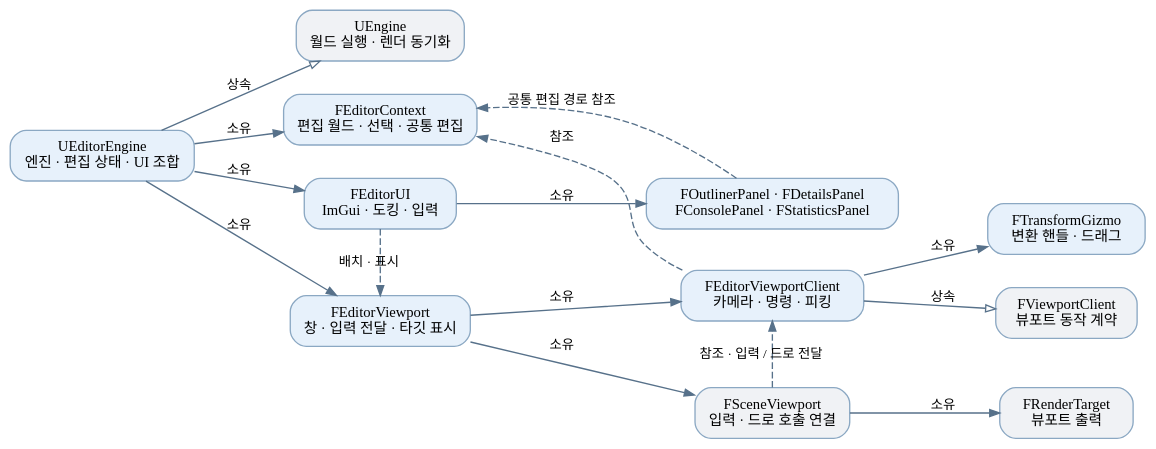
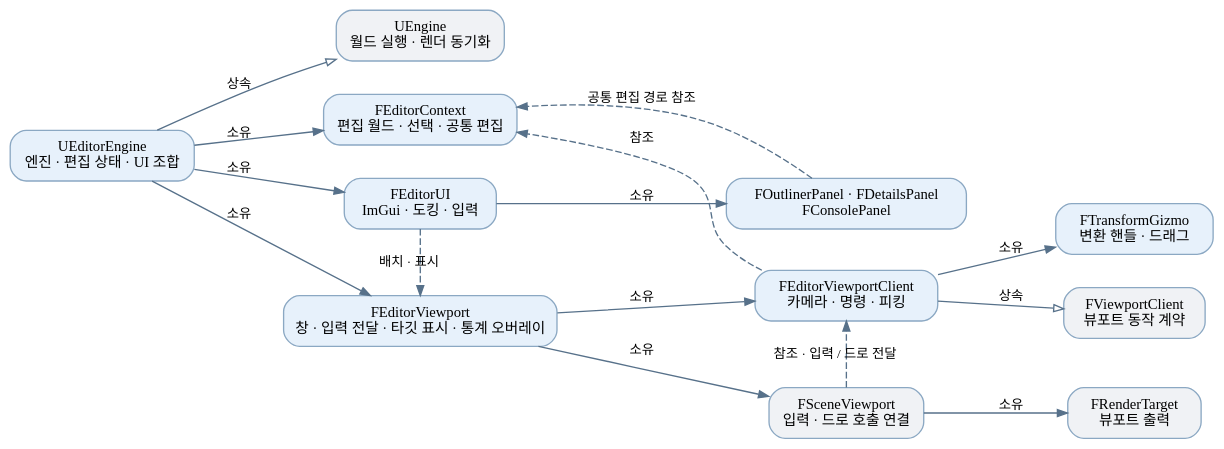
One commit to wewe231223/Macaw changed the diagram in Docs/Graphs/Editor.dot. Above: the diagram before and after it, drawn with Graphviz. The commit also changed 12 other files, not shown here.

```diff
--- a/Docs/Graphs/Editor.dot
+++ b/Docs/Graphs/Editor.dot
@@ -1,30 +1,30 @@
 digraph Editor {
     graph [rankdir=LR, bgcolor="transparent", fontname="Malgun Gothic", nodesep=0.35, ranksep=0.65, pad=0.2];
     node [shape=box, style="rounded,filled", fillcolor="#e7f1fb", color="#8ba8c3", fontname="Malgun Gothic", fontsize=11, margin="0.16,0.10"];
     edge [color="#57718a", fontname="Malgun Gothic", fontsize=10, arrowsize=0.75];
     Editor [label="UEditorEngine\n엔진 · 편집 상태 · UI 조합"];
     Engine [label="UEngine\n월드 실행 · 렌더 동기화", fillcolor="#f0f2f5"];
     Context [label="FEditorContext\n편집 월드 · 선택 · 공통 편집"];
     UI [label="FEditorUI\nImGui · 도킹 · 입력"];
-    Panels [label="FOutlinerPanel · FDetailsPanel\nFConsolePanel · FStatisticsPanel"];
-    Viewport [label="FEditorViewport\n창 · 입력 전달 · 타깃 표시"];
+    Panels [label="FOutlinerPanel · FDetailsPanel\nFConsolePanel"];
+    Viewport [label="FEditorViewport\n창 · 입력 전달 · 타깃 표시 · 통계 오버레이"];
     Client [label="FEditorViewportClient\n카메라 · 명령 · 피킹"];
     Gizmo [label="FTransformGizmo\n변환 핸들 · 드래그"];
     SceneViewport [label="FSceneViewport\n입력 · 드로 호출 연결", fillcolor="#f0f2f5"];
     BaseClient [label="FViewportClient\n뷰포트 동작 계약", fillcolor="#f0f2f5"];
     Target [label="FRenderTarget\n뷰포트 출력", fillcolor="#f0f2f5"];
     Editor -> Engine [label="상속", arrowhead=empty];
     Editor -> Context [label="소유"];
     Editor -> UI [label="소유"];
     Editor -> Viewport [label="소유"];
     UI -> Panels [label="소유"];
     UI -> Viewport [label="배치 · 표시", style=dashed, constraint=false];
     Panels -> Context [label="공통 편집 경로 참조", style=dashed, constraint=false];
     Viewport -> Client [label="소유"];
     Viewport -> SceneViewport [label="소유"];
     Client -> BaseClient [label="상속", arrowhead=empty];
     Client -> Gizmo [label="소유"];
     Client -> Context [label="참조", style=dashed, constraint=false];
     SceneViewport -> Client [label="참조 · 입력 / 드로 전달", style=dashed, constraint=false];
     SceneViewport -> Target [label="소유"];
 }
```
